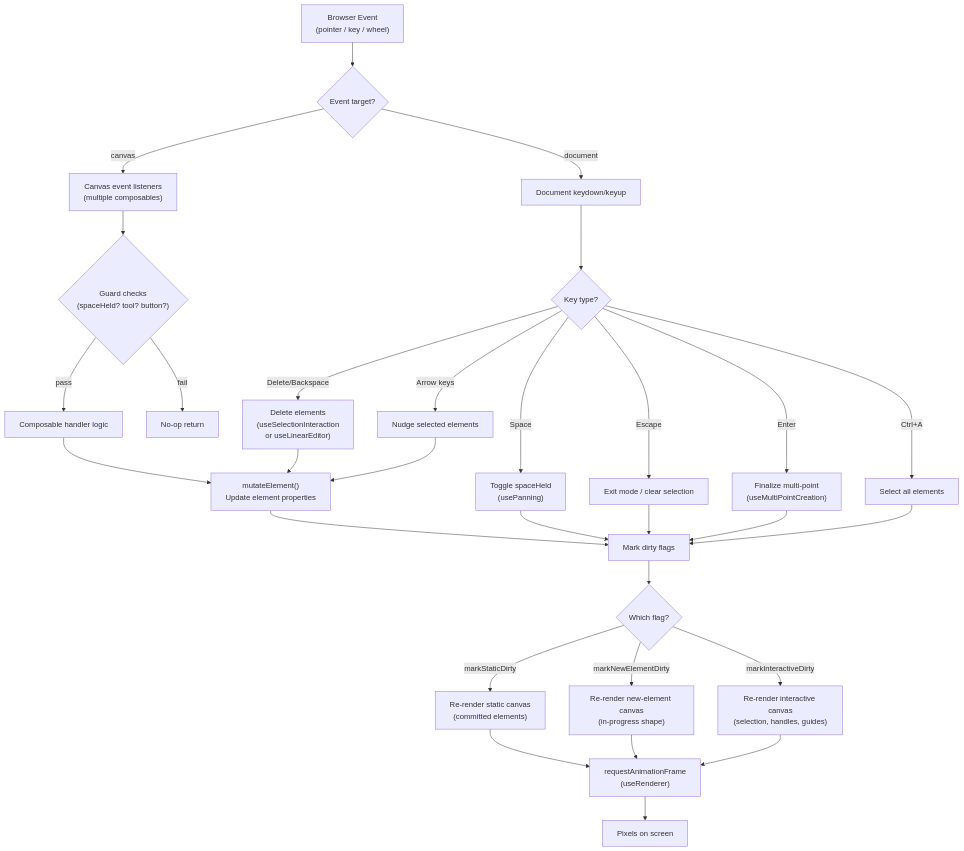
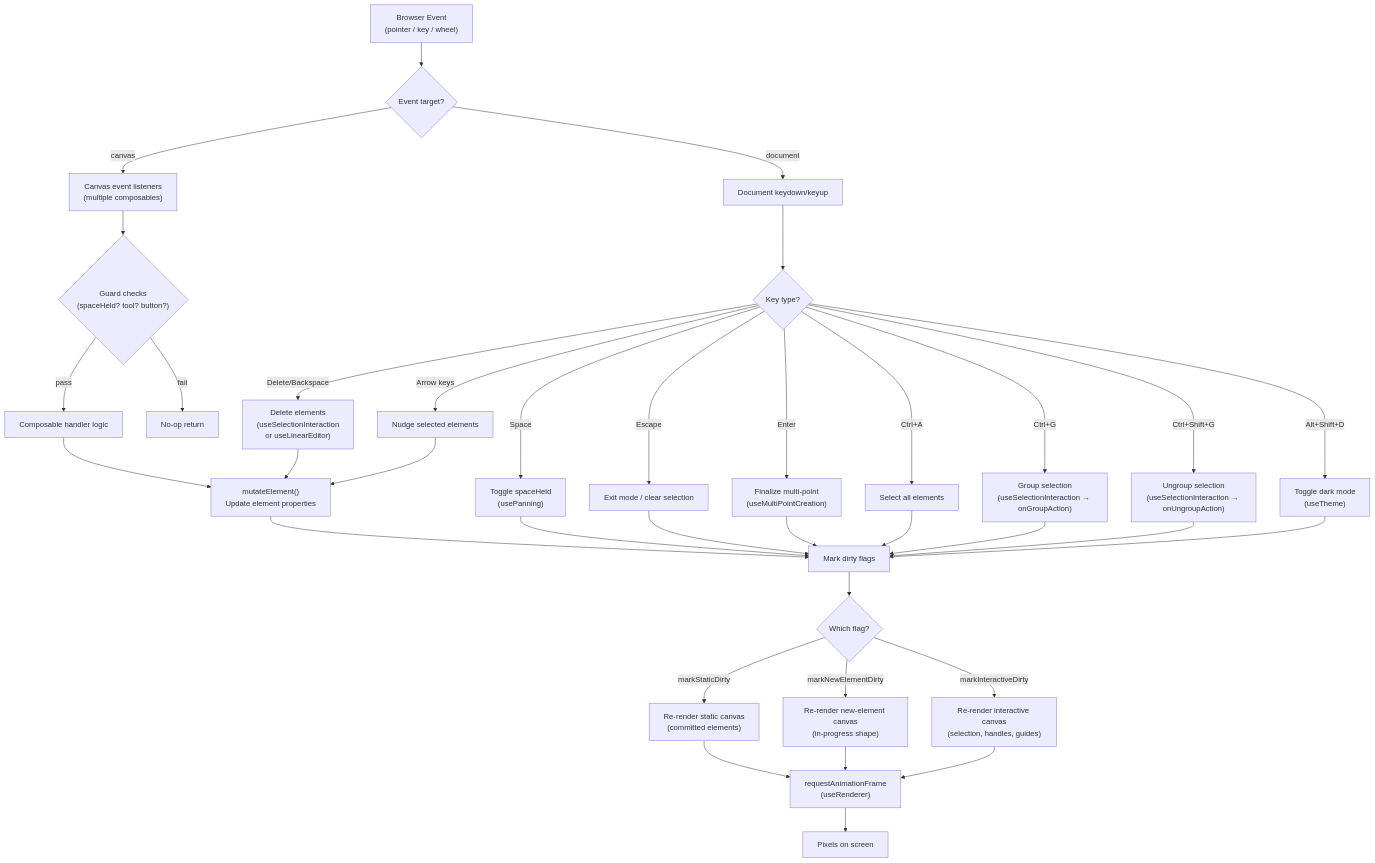
Before and after one commit to alexanderop/excalidrawNuxt: the fourth of 4 diagrams in docs/diagrams/event-flow.md, drawn with Mermaid. The commit also changed other lines of this file and 74 other files, not shown here.

````diff
--- a/docs/diagrams/event-flow.md
+++ b/docs/diagrams/event-flow.md
@@ -141,39 +141,45 @@
 ```mermaid
 flowchart TD
     EVT["Browser Event\n(pointer / key / wheel)"] --> TARGET{"Event target?"}
     TARGET -->|canvas| CANVAS_HANDLER
     TARGET -->|document| DOC_HANDLER
 
     CANVAS_HANDLER["Canvas event listeners\n(multiple composables)"] --> GUARD{"Guard checks\n(spaceHeld? tool? button?)"}
     DOC_HANDLER["Document keydown/keyup"] --> KEYGUARD{"Key type?"}
 
     GUARD -->|pass| HANDLER[Composable handler logic]
     GUARD -->|fail| NOP[No-op return]
 
     KEYGUARD -->|Space| PANNING_STATE["Toggle spaceHeld\n(usePanning)"]
     KEYGUARD -->|Delete/Backspace| DELETE["Delete elements\n(useSelectionInteraction\nor useLinearEditor)"]
     KEYGUARD -->|Escape| EXIT["Exit mode / clear selection"]
     KEYGUARD -->|Enter| FINALIZE["Finalize multi-point\n(useMultiPointCreation)"]
     KEYGUARD -->|Ctrl+A| SELECT_ALL["Select all elements"]
+    KEYGUARD -->|Ctrl+G| GROUP["Group selection\n(useSelectionInteraction → onGroupAction)"]
+    KEYGUARD -->|Ctrl+Shift+G| UNGROUP["Ungroup selection\n(useSelectionInteraction → onUngroupAction)"]
+    KEYGUARD -->|Alt+Shift+D| THEME_TOGGLE["Toggle dark mode\n(useTheme)"]
     KEYGUARD -->|Arrow keys| NUDGE["Nudge selected elements"]
 
     HANDLER --> MUTATE["mutateElement()\nUpdate element properties"]
     DELETE --> MUTATE
     NUDGE --> MUTATE
 
     MUTATE --> DIRTY["Mark dirty flags"]
     PANNING_STATE --> DIRTY
     EXIT --> DIRTY
     FINALIZE --> DIRTY
     SELECT_ALL --> DIRTY
+    GROUP --> DIRTY
+    UNGROUP --> DIRTY
+    THEME_TOGGLE --> DIRTY
 
     DIRTY --> WHICH{"Which flag?"}
     WHICH -->|markStaticDirty| STATIC["Re-render static canvas\n(committed elements)"]
     WHICH -->|markNewElementDirty| NEWEL["Re-render new-element canvas\n(in-progress shape)"]
     WHICH -->|markInteractiveDirty| INTER["Re-render interactive canvas\n(selection, handles, guides)"]
 
     STATIC --> RAF["requestAnimationFrame\n(useRenderer)"]
     NEWEL --> RAF
     INTER --> RAF
     RAF --> PIXEL["Pixels on screen"]
 ```
````
